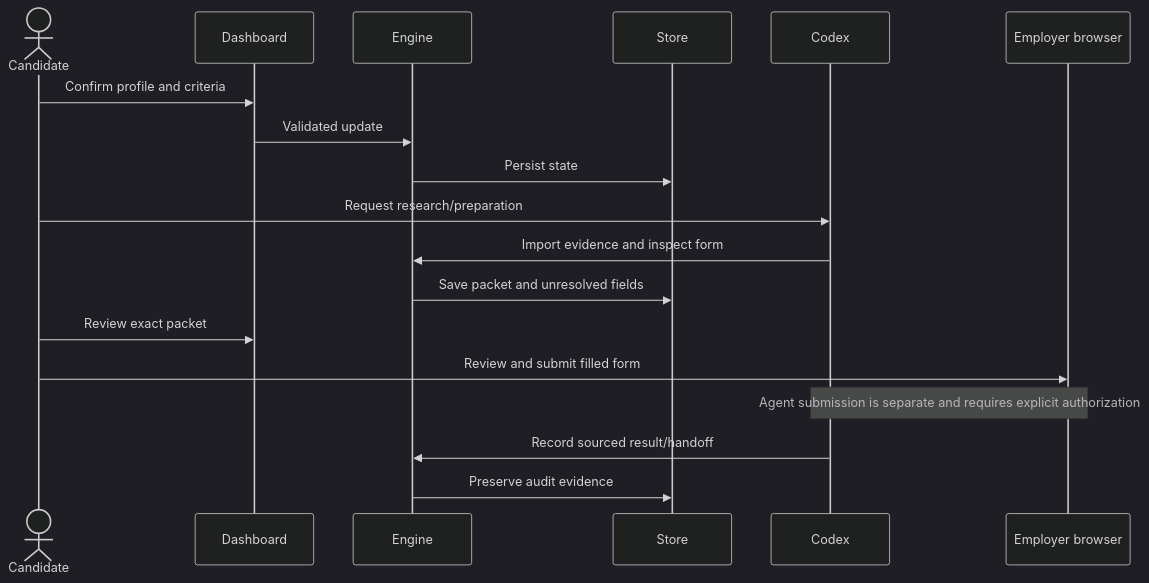
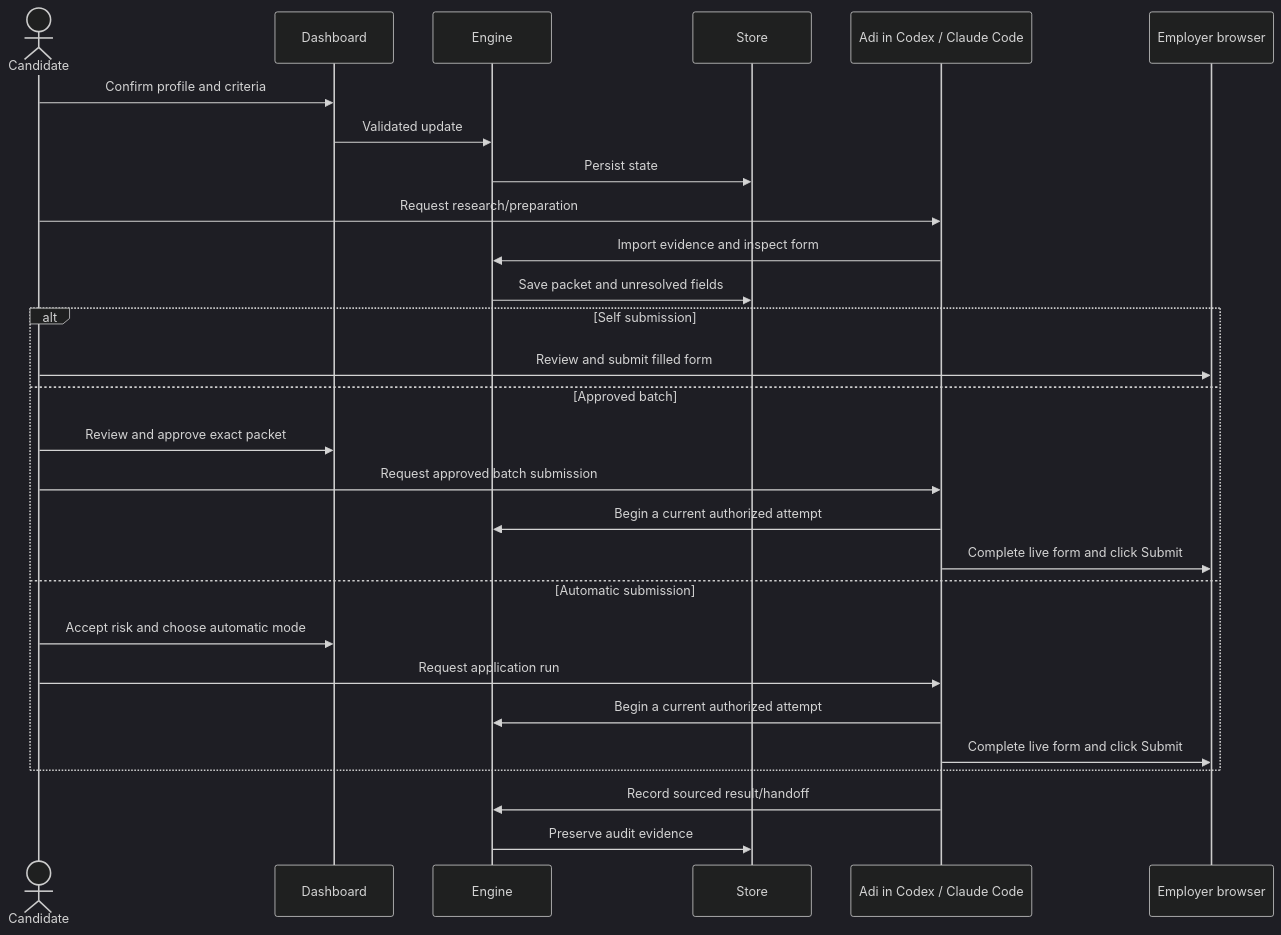
Before and after one commit to AdiRosenstock/career-agent-public: the first of 2 diagrams in docs/ARCHITECTURE.md, drawn with Mermaid (dark theme). The commit also changed other lines of this file and 17 other files, not shown here.

Commit message:
feat: surface Adi agent submission choices (#2)

````diff
--- a/docs/ARCHITECTURE.md
+++ b/docs/ARCHITECTURE.md
@@ -26,20 +26,30 @@
 ```mermaid
 sequenceDiagram
     actor Candidate
     participant UI as Dashboard
     participant Engine
     participant Store
-    participant Codex
+    participant Agent as Adi in Codex / Claude Code
     participant ATS as Employer browser
     Candidate->>UI: Confirm profile and criteria
     UI->>Engine: Validated update
     Engine->>Store: Persist state
-    Candidate->>Codex: Request research/preparation
-    Codex->>Engine: Import evidence and inspect form
+    Candidate->>Agent: Request research/preparation
+    Agent->>Engine: Import evidence and inspect form
     Engine->>Store: Save packet and unresolved fields
-    Candidate->>UI: Review exact packet
-    Candidate->>ATS: Review and submit filled form
-    Note over Codex,ATS: Agent submission is separate and requires explicit authorization
-    Codex->>Engine: Record sourced result/handoff
+    alt Self submission
+        Candidate->>ATS: Review and submit filled form
+    else Approved batch
+        Candidate->>UI: Review and approve exact packet
+        Candidate->>Agent: Request approved batch submission
+        Agent->>Engine: Begin a current authorized attempt
+        Agent->>ATS: Complete live form and click Submit
+    else Automatic submission
+        Candidate->>UI: Accept risk and choose automatic mode
+        Candidate->>Agent: Request application run
+        Agent->>Engine: Begin a current authorized attempt
+        Agent->>ATS: Complete live form and click Submit
+    end
+    Agent->>Engine: Record sourced result/handoff
     Engine->>Store: Preserve audit evidence
 ```
````
